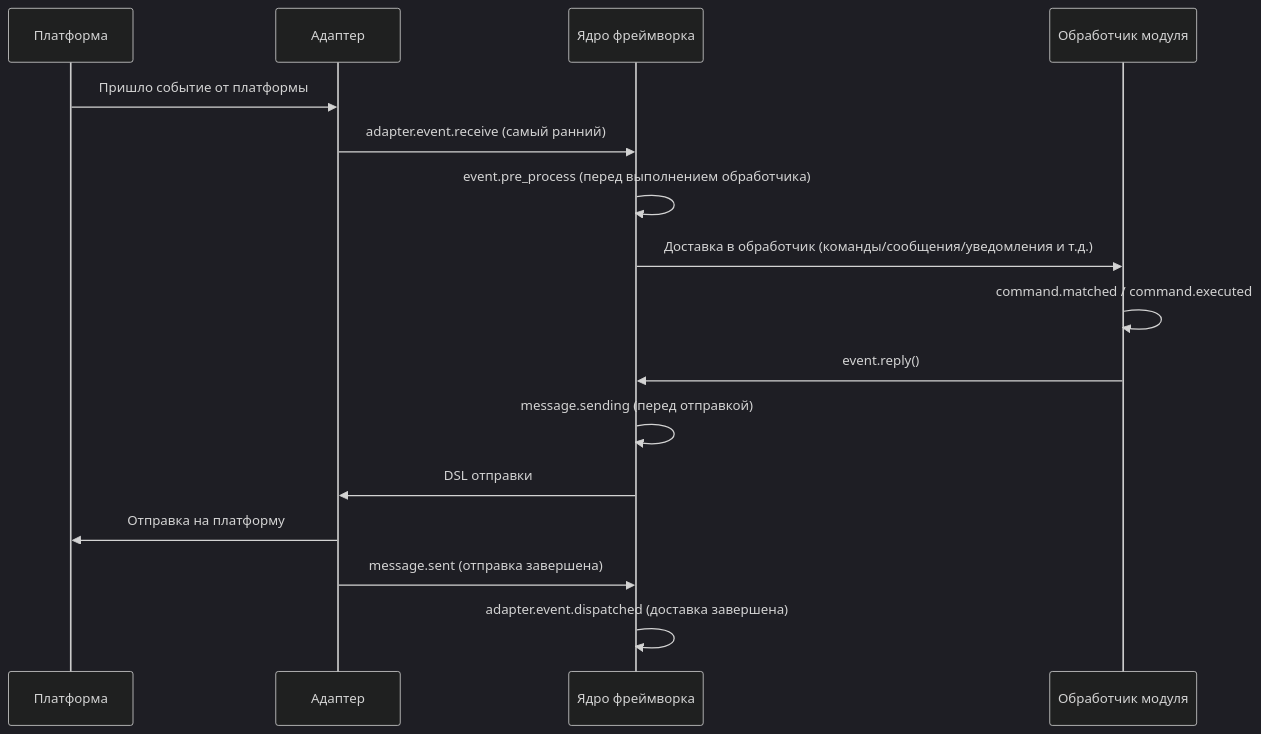
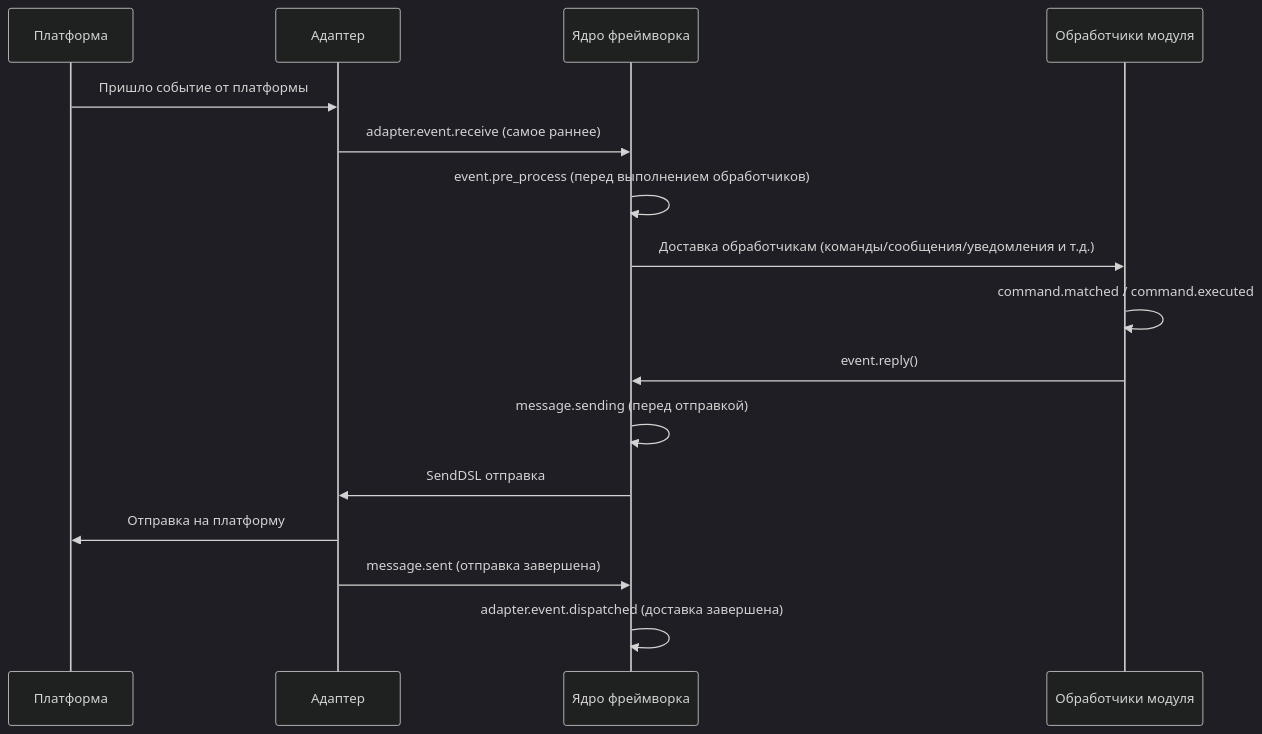
The diagram in docs/ru/advanced/lifecycle.md (ErisPulse/ErisPulse), drawn with Mermaid (dark theme) before and after one commit. The commit also changed other lines of this file and 17 other files, not shown here.

````diff
--- a/docs/ru/advanced/lifecycle.md
+++ b/docs/ru/advanced/lifecycle.md
@@ -120,19 +120,19 @@
 ```mermaid
 sequenceDiagram
     participant P as Платформа
     participant A as Адаптер
     participant F as Ядро фреймворка
-    participant M as Обработчик модуля
+    participant M as Обработчики модуля
 
     P->>A: Пришло событие от платформы
-    A->>F: adapter.event.receive (самый ранний)
-    F->>F: event.pre_process (перед выполнением обработчика)
-    F->>M: Доставка в обработчик (команды/сообщения/уведомления и т.д.)
+    A->>F: adapter.event.receive (самое раннее)
+    F->>F: event.pre_process (перед выполнением обработчиков)
+    F->>M: Доставка обработчикам (команды/сообщения/уведомления и т.д.)
     M->>M: command.matched / command.executed
     M->>F: event.reply()
     F->>F: message.sending (перед отправкой)
-    F->>A: DSL отправки
+    F->>A: SendDSL отправка
     A->>P: Отправка на платформу
     A->>F: message.sent (отправка завершена)
     F->>F: adapter.event.dispatched (доставка завершена)
 ```
````
